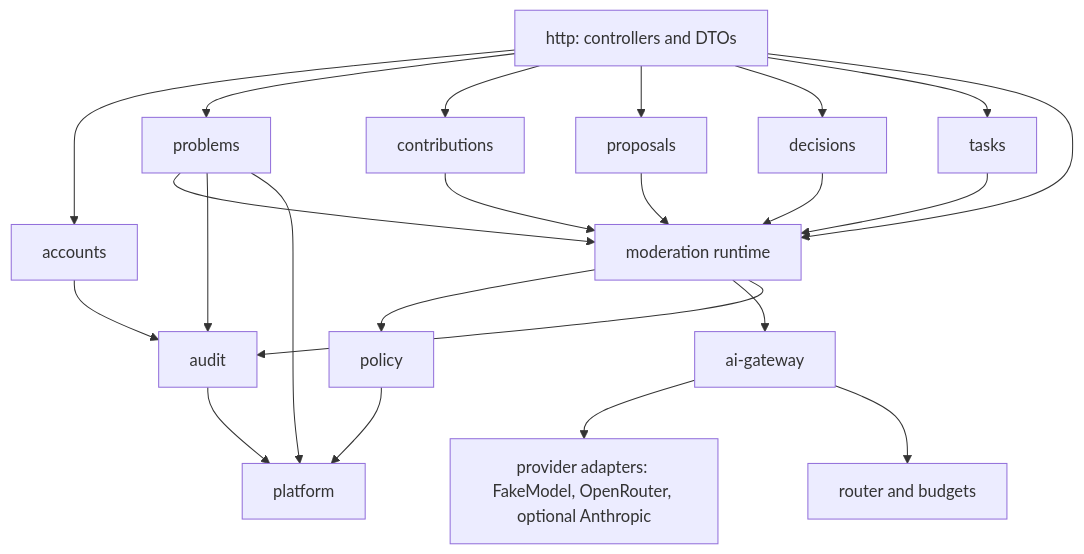
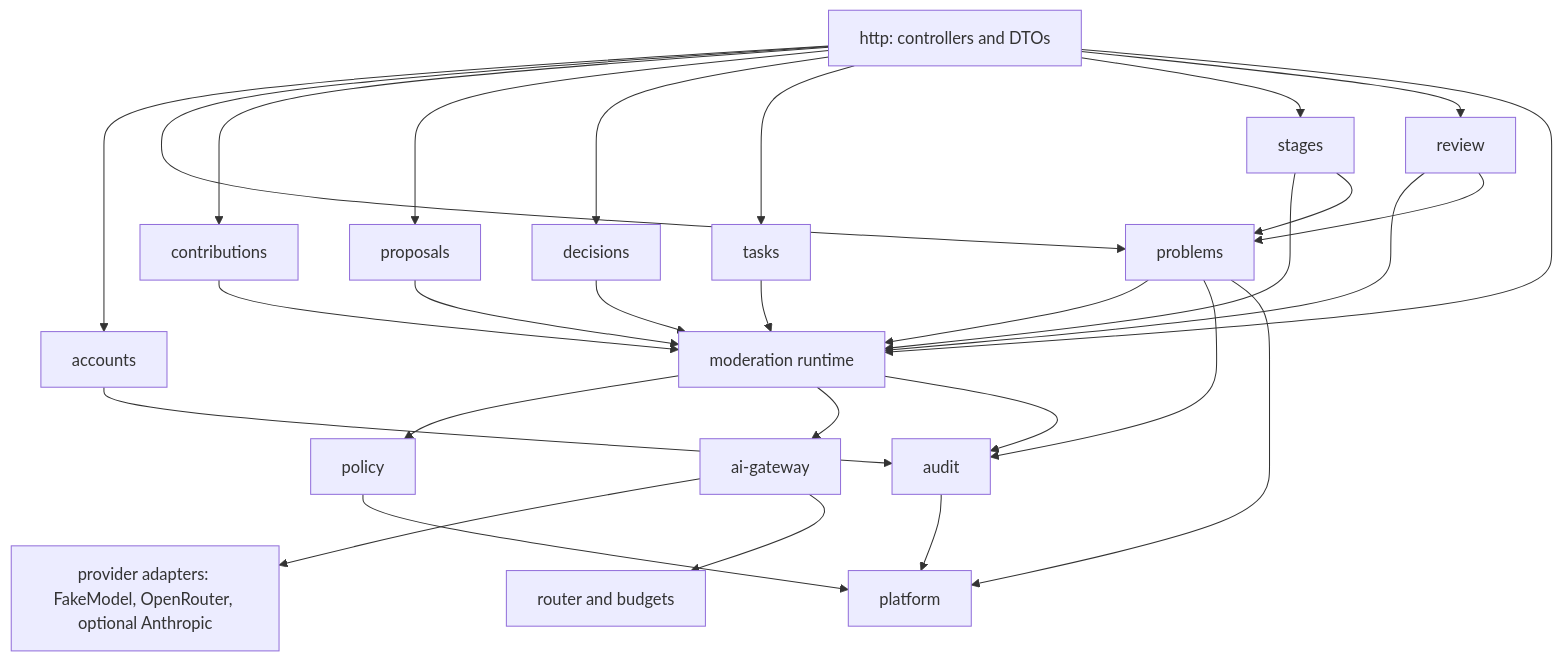
One commit to community-action-network-oss/community_action_network_oss changed the first of 4 diagrams in docs/design/components/server.md. Above: the diagram before and after it, drawn with Mermaid. The commit also changed other lines of this file and 15 other files, not shown here.

Commit message:
W10 P4: lifecycle v2 flows, stages and review modules, ERD

````diff
--- a/docs/design/components/server.md
+++ b/docs/design/components/server.md
@@ -9,25 +9,31 @@
 ```mermaid
 flowchart TD
   http[http: controllers and DTOs] --> acc[accounts]
   http --> prob[problems]
   http --> contrib[contributions]
   http --> prop[proposals]
   http --> dec[decisions]
   http --> task[tasks]
+  http --> stg[stages]
+  http --> rev[review]
+  stg --> modr
+  rev --> modr
+  stg --> prob
+  rev --> prob
   http --> modr[moderation runtime]
   prob --> modr
   contrib --> modr
   prop --> modr
   dec --> modr
   task --> modr
   modr --> pol[policy]
   modr --> gw[ai-gateway]
   gw --> adapters[provider adapters: FakeModel, OpenRouter, optional Anthropic]
   gw --> budgets[router and budgets]
   modr --> aud[audit]
   acc --> aud
   prob --> aud
   pol --> plat[platform]
   aud --> plat
   prob --> plat
 ```
````
